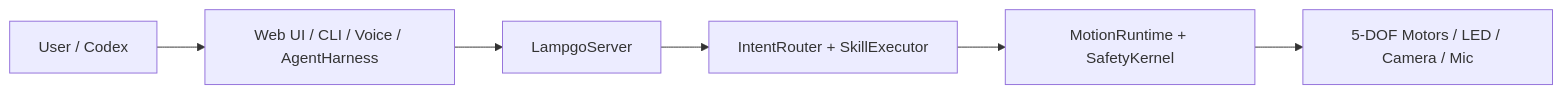
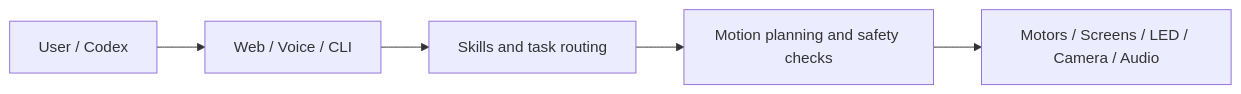
Before and after one commit to ninsmiracle/YareLampGo: the diagram in README.en.md, drawn with Mermaid. The commit also changed other lines of this file and 56 other files, not shown here.

````diff
--- a/README.en.md
+++ b/README.en.md
@@ -142,8 +133,7 @@
 ```mermaid
 flowchart LR
-  user["User / Codex"] --> entry["Web UI / CLI / Voice / AgentHarness"]
-  entry --> server["LampgoServer"]
-  server --> skills["IntentRouter + SkillExecutor"]
-  skills --> safety["MotionRuntime + SafetyKernel"]
-  safety --> hardware["5-DOF Motors / LED / Camera / Mic"]
+  user["User / Codex"] --> entry["Web / Voice / CLI"]
+  entry --> skills["Skills and task routing"]
+  skills --> safety["Motion planning and safety checks"]
+  safety --> hardware["Motors / Screens / LED / Camera / Audio"]
 ```
````
